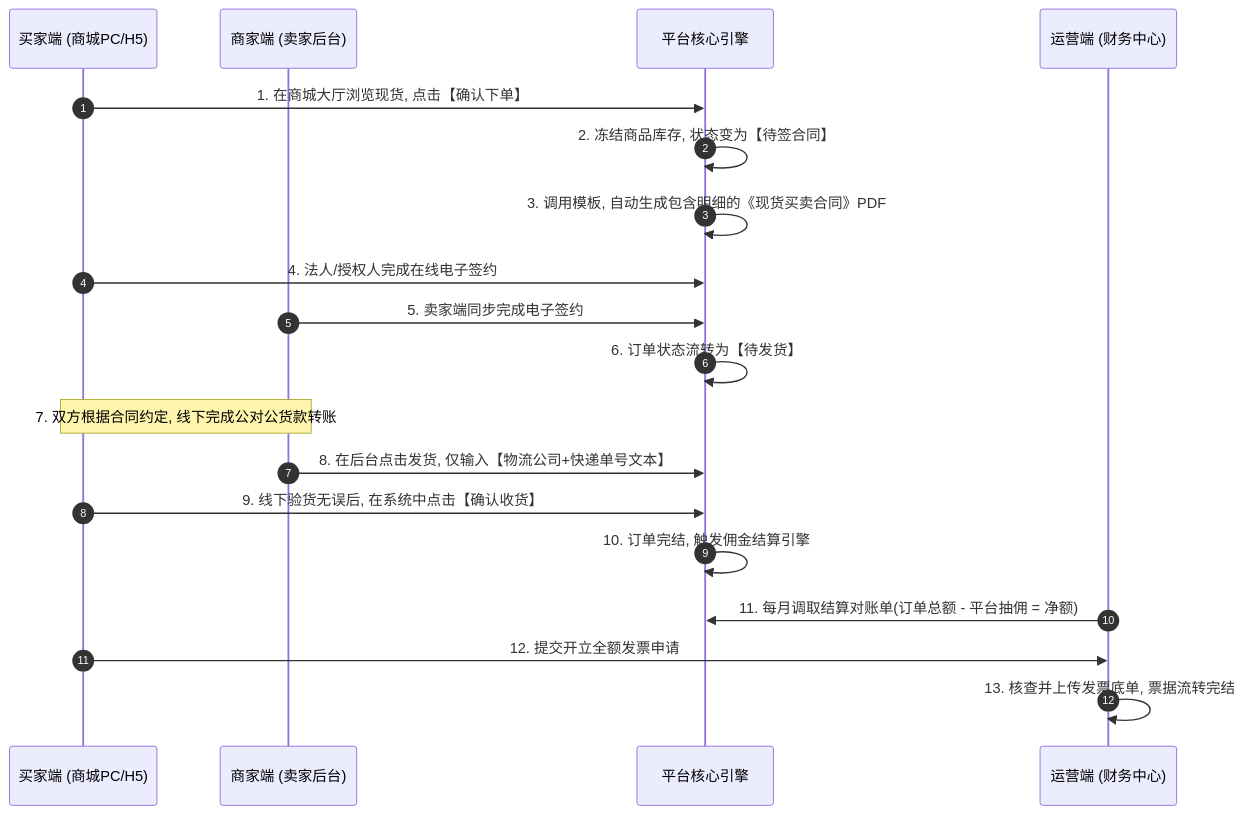
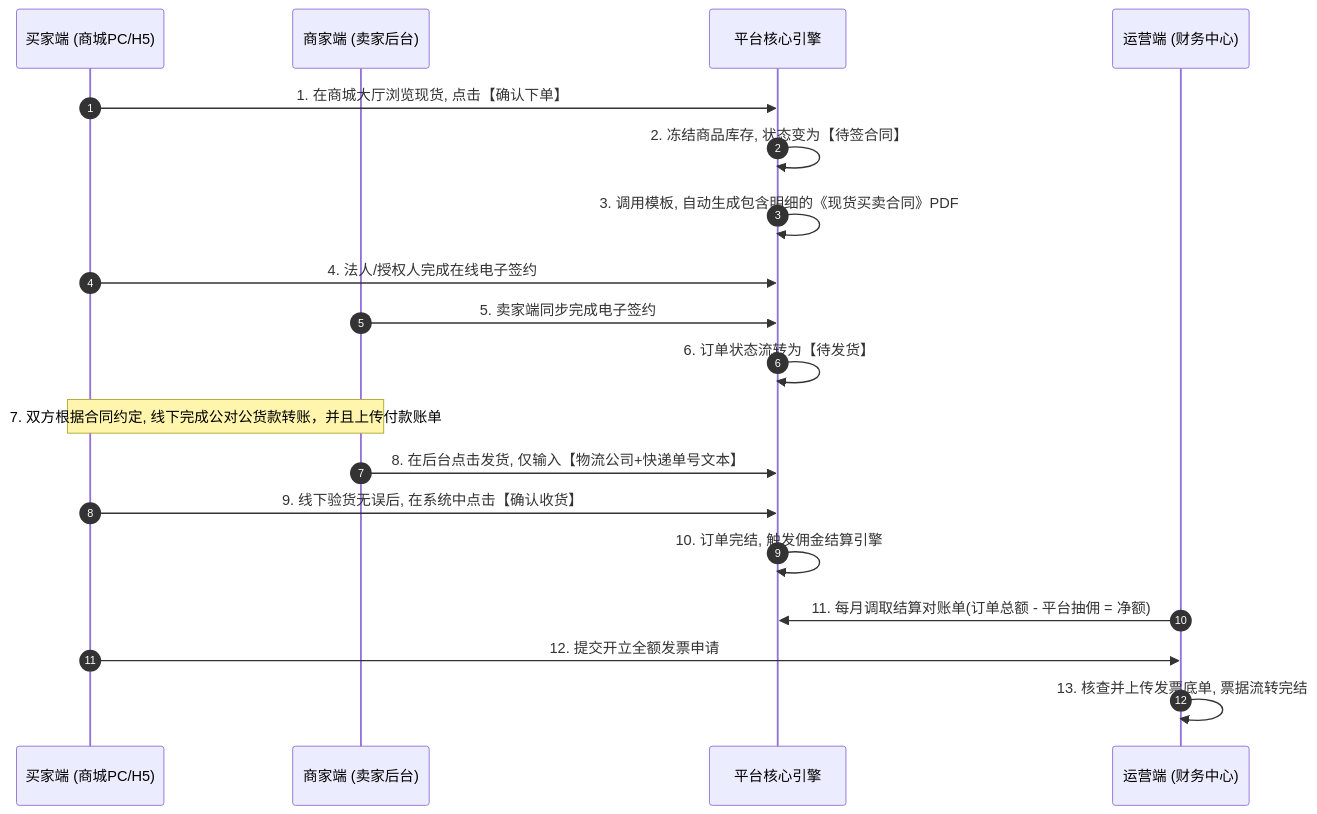
Before and after one commit to barry0-0/sahngliu: the first of 3 diagrams in README.md, drawn with Mermaid. The commit also changed other lines of this file and 29 other files, not shown here.

````diff
--- a/README.md
+++ b/README.md
@@ -36,22 +34,23 @@
 ```mermaid
 sequenceDiagram
     autonumber
     participant Buyer as 买家端 (商城PC/H5)
     participant Merchant as 商家端 (卖家后台)
     participant System as 平台核心引擎
     participant Admin as 运营端 (财务中心)
 
     Buyer->>System: 1. 在商城大厅浏览现货, 点击【确认下单】
     System->>System: 2. 冻结商品库存, 状态变为【待签合同】
     System->>System: 3. 调用模板, 自动生成包含明细的《现货买卖合同》PDF
     Buyer->>System: 4. 法人/授权人完成在线电子签约
     Merchant->>System: 5. 卖家端同步完成电子签约
     System->>System: 6. 订单状态流转为【待发货】
-    Note over Buyer,Merchant: 7. 双方根据合同约定, 线下完成公对公货款转账
+    Note over Buyer,Merchant: 7. 双方根据合同约定, 线下完成公对公货款转账，并且上传付款账单
     Merchant->>System: 8. 在后台点击发货, 仅输入【物流公司+快递单号文本】
     Buyer->>System: 9. 线下验货无误后, 在系统中点击【确认收货】
     System->>System: 10. 订单完结, 触发佣金结算引擎
     Admin->>System: 11. 每月调取结算对账单(订单总额 - 平台抽佣 = 净额)
     Buyer->>Admin: 12. 提交开立全额发票申请
     Admin->>Admin: 13. 核查并上传发票底单, 票据流转完结
+
 ```
````
